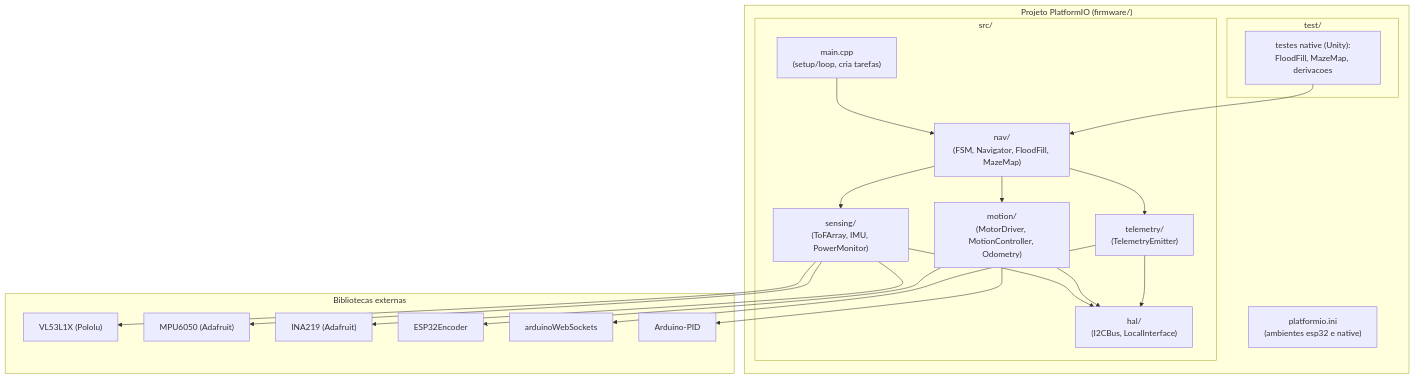
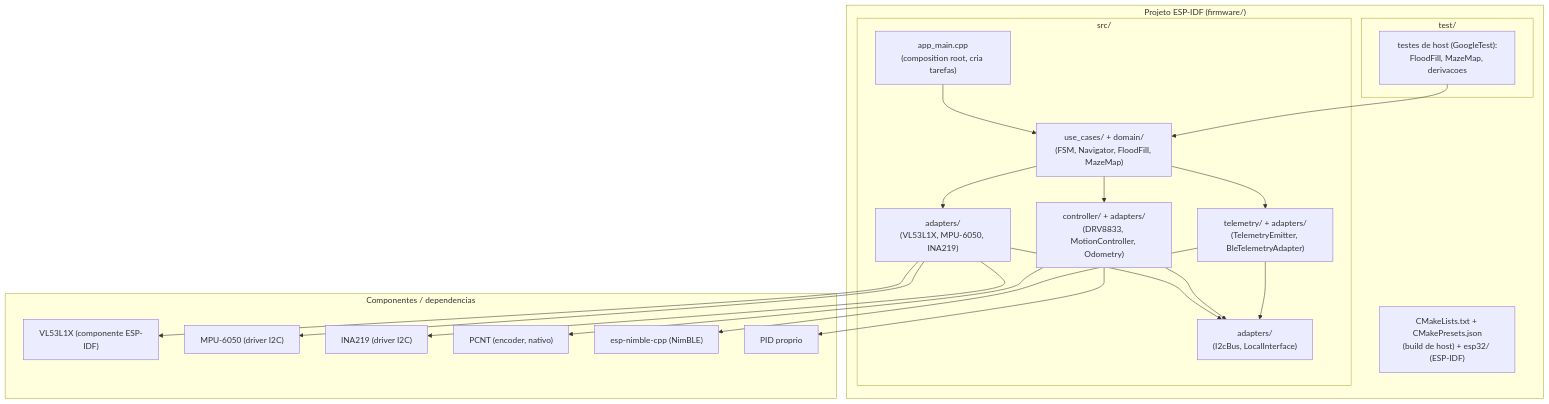
The third of 3 diagrams in docs/projeto-conceitual-software/firmware/arquitetura-firmware.md (fcte-pi1/2026.2_PI1_Grupo1_Diogo), drawn with Mermaid before and after one commit. The commit also changed other lines of this file and 31 other files, not shown here.

````diff
--- a/docs/projeto-conceitual-software/firmware/arquitetura-firmware.md
+++ b/docs/projeto-conceitual-software/firmware/arquitetura-firmware.md
@@ -176,41 +176,41 @@
 ```mermaid
 flowchart TB
-  subgraph REPO["Projeto PlatformIO (firmware/)"]
-    ini["platformio.ini<br/>(ambientes esp32 e native)"]
+  subgraph REPO["Projeto ESP-IDF (firmware/)"]
+    ini["CMakeLists.txt + CMakePresets.json<br/>(build de host) + esp32/ (ESP-IDF)"]
     subgraph SRC["src/"]
-      main["main.cpp<br/>(setup/loop, cria tarefas)"]
-      appnav["nav/<br/>(FSM, Navigator, FloodFill, MazeMap)"]
-      sense["sensing/<br/>(ToFArray, IMU, PowerMonitor)"]
-      motion["motion/<br/>(MotorDriver, MotionController, Odometry)"]
-      telem["telemetry/<br/>(TelemetryEmitter)"]
-      hal["hal/<br/>(I2CBus, LocalInterface)"]
+      main["app_main.cpp<br/>(composition root, cria tarefas)"]
+      appnav["use_cases/ + domain/<br/>(FSM, Navigator, FloodFill, MazeMap)"]
+      sense["adapters/<br/>(VL53L1X, MPU-6050, INA219)"]
+      motion["controller/ + adapters/<br/>(DRV8833, MotionController, Odometry)"]
+      telem["telemetry/ + adapters/<br/>(TelemetryEmitter, BleTelemetryAdapter)"]
+      hal["adapters/<br/>(I2cBus, LocalInterface)"]
     end
     subgraph TEST["test/"]
-      ut["testes native (Unity):<br/>FloodFill, MazeMap, derivacoes"]
+      ut["testes de host (GoogleTest):<br/>FloodFill, MazeMap, derivacoes"]
     end
   end
 
-  subgraph LIBS["Bibliotecas externas"]
-    l1["VL53L1X (Pololu)"]
-    l2["MPU6050 (Adafruit)"]
-    l3["INA219 (Adafruit)"]
-    l4["ESP32Encoder"]
-    l5["arduinoWebSockets"]
-    l6["Arduino-PID"]
+  subgraph LIBS["Componentes / dependencias"]
+    l1["VL53L1X (componente ESP-IDF)"]
+    l2["MPU-6050 (driver I2C)"]
+    l3["INA219 (driver I2C)"]
+    l4["PCNT (encoder, nativo)"]
+    l5["esp-nimble-cpp (NimBLE)"]
+    l6["PID proprio"]
   end
 
   main --> appnav
   appnav --> sense
   appnav --> motion
   appnav --> telem
   sense --> hal
   motion --> hal
   telem --> hal
   sense --> l1
   sense --> l2
   sense --> l3
   motion --> l4
   motion --> l6
   telem --> l5
   ut --> appnav
 ```
````
